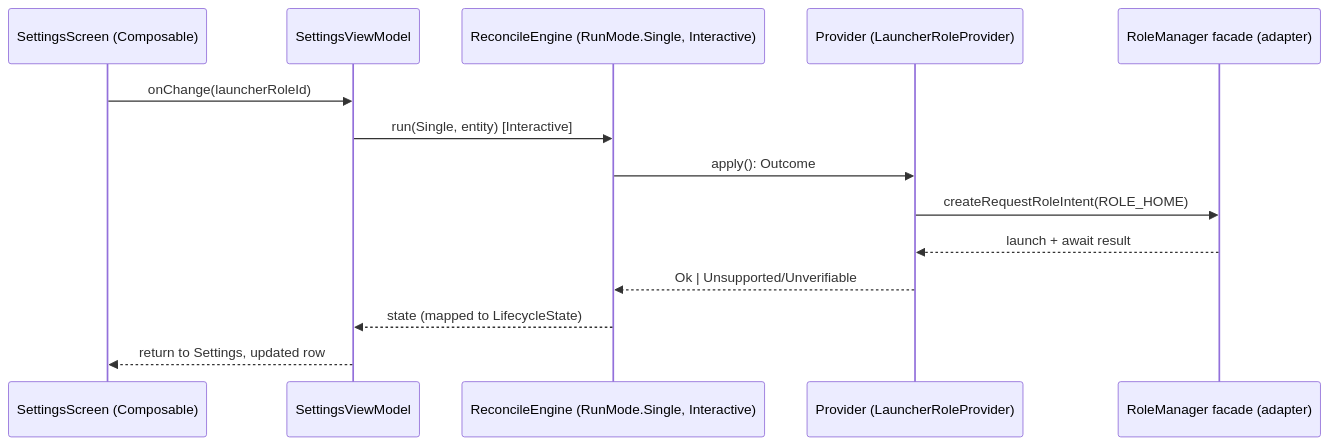
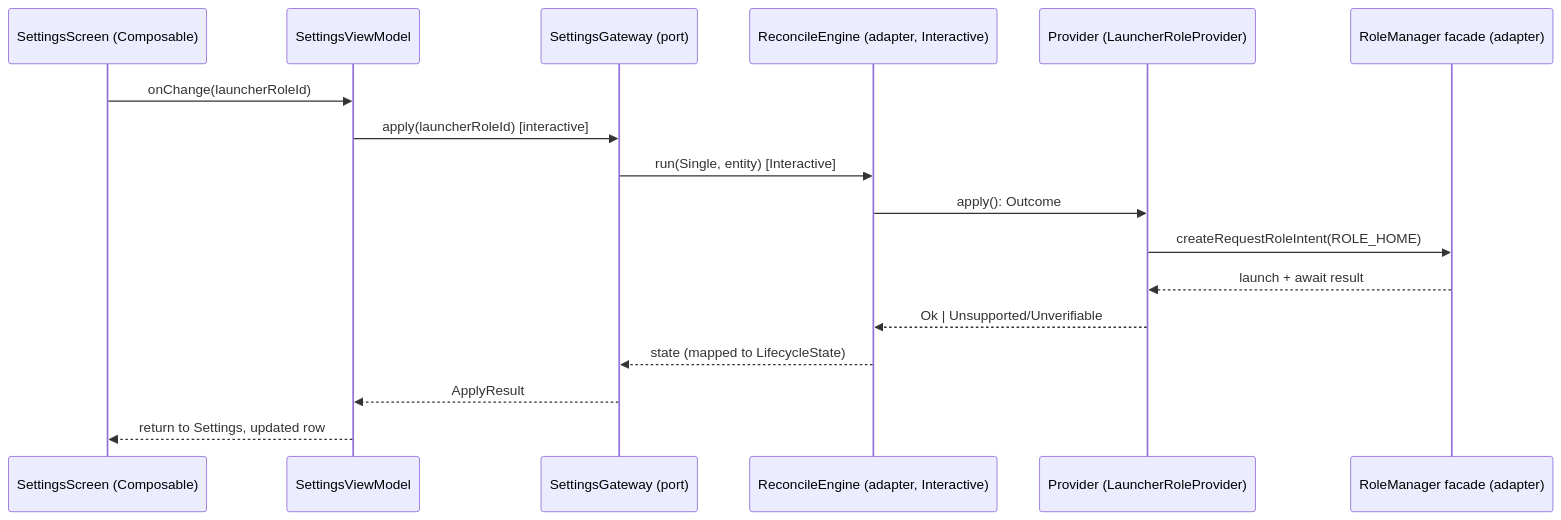
One commit to jeromwork/launcher changed the sixth of 8 diagrams in specs/task-69-settings-as-profile-view/spec.md. Above: the diagram before and after it, drawn with Mermaid. The commit also changed other lines of this file, not shown here.

First line of the commit message:
TASK-69 spec: SettingsGateway seam + point model to ecs.md (pre-plan)

````diff
--- a/specs/task-69-settings-as-profile-view/spec.md
+++ b/specs/task-69-settings-as-profile-view/spec.md
@@ -253,16 +259,19 @@
 ```mermaid
 sequenceDiagram
   participant UI as SettingsScreen (Composable)
   participant VM as SettingsViewModel
-  participant RE as ReconcileEngine (RunMode.Single, Interactive)
+  participant GW as SettingsGateway (port)
+  participant RE as ReconcileEngine (adapter, Interactive)
   participant PV as Provider (LauncherRoleProvider)
   participant AD as RoleManager facade (adapter)
   UI->>VM: onChange(launcherRoleId)
-  VM->>RE: run(Single, entity) [Interactive]
+  VM->>GW: apply(launcherRoleId) [interactive]
+  GW->>RE: run(Single, entity) [Interactive]
   RE->>PV: apply(): Outcome
   PV->>AD: createRequestRoleIntent(ROLE_HOME)
   AD-->>PV: launch + await result
   PV-->>RE: Ok | Unsupported/Unverifiable
-  RE-->>VM: state (mapped to LifecycleState)
+  RE-->>GW: state (mapped to LifecycleState)
+  GW-->>VM: ApplyResult
   VM-->>UI: return to Settings, updated row
 ```
````
